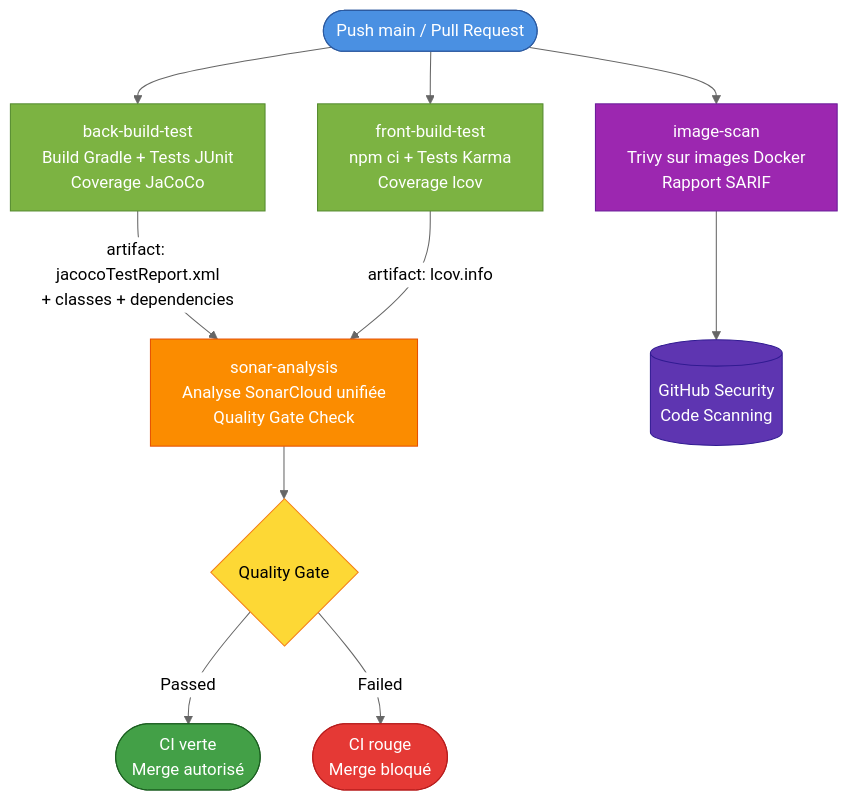
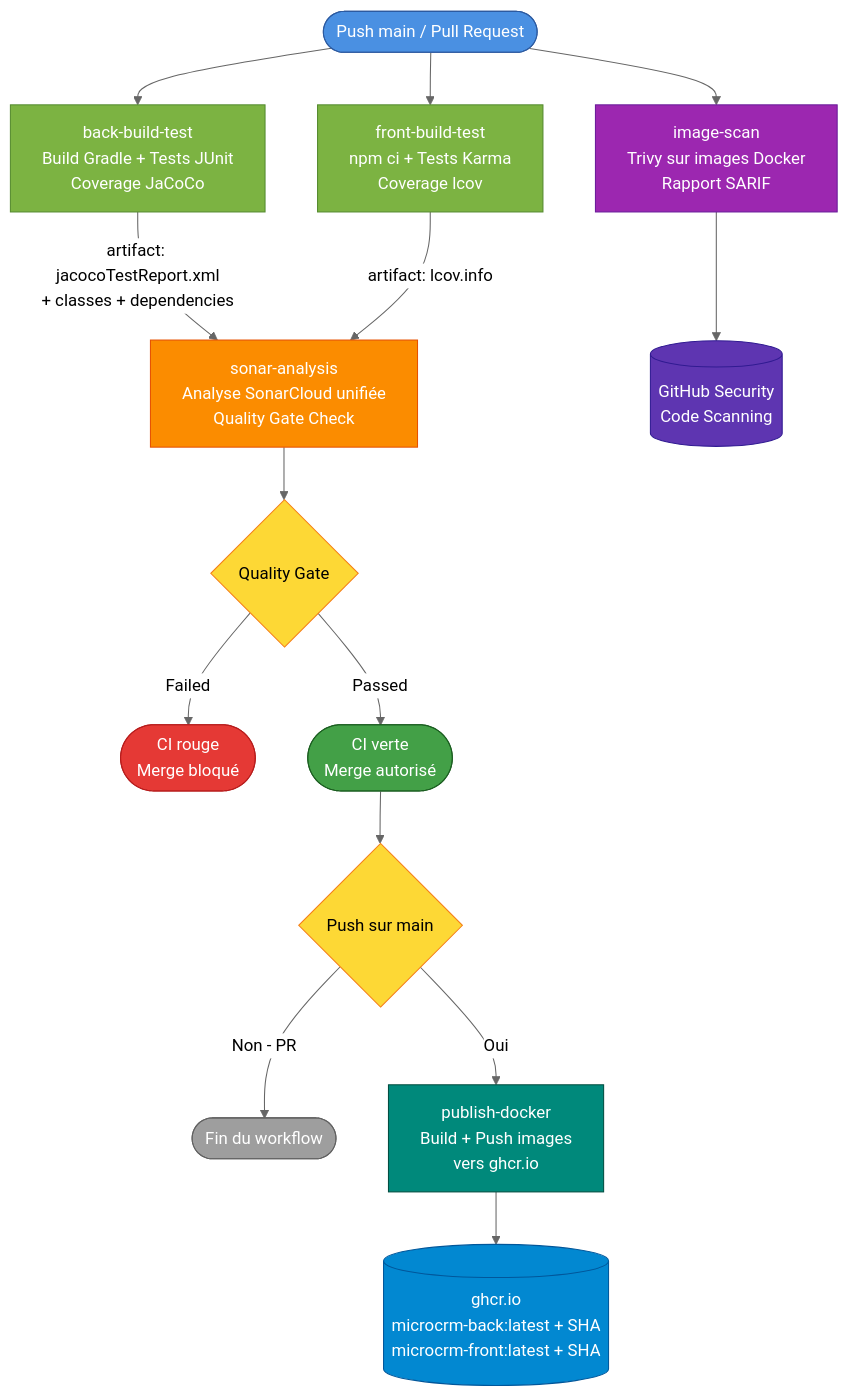
The diagram in Exercices/Partie_1/Etape_2/plan_ci.md (LaurentGourouvin/openclassrooms-project-9-micro-crm-orion), drawn with Mermaid (neutral theme) before and after one commit. The commit also changed 1 other file, not shown here.

````diff
--- a/Exercices/Partie_1/Etape_2/plan_ci.md
+++ b/Exercices/Partie_1/Etape_2/plan_ci.md
@@ -14,24 +14,34 @@
 ```mermaid
 flowchart TD
     Start([Push main / Pull Request]) --> Back[back-build-test<br/>Build Gradle + Tests JUnit<br/>Coverage JaCoCo]
     Start --> Front[front-build-test<br/>npm ci + Tests Karma<br/>Coverage lcov]
     Start --> Scan[image-scan<br/>Trivy sur images Docker<br/>Rapport SARIF]
 
     Back -->|artifact: jacocoTestReport.xml<br/>+ classes + dependencies| Sonar[sonar-analysis<br/>Analyse SonarCloud unifiée<br/>Quality Gate Check]
     Front -->|artifact: lcov.info| Sonar
     Scan --> SecurityTab[(GitHub Security<br/>Code Scanning)]
 
     Sonar --> Result{Quality Gate}
+    Result -->|Failed| Fail([CI rouge<br/>Merge bloqué])
     Result -->|Passed| Success([CI verte<br/>Merge autorisé])
-    Result -->|Failed| Fail([CI rouge<br/>Merge bloqué])
+
+    Success --> Trigger{Push sur main}
+    Trigger -->|Non - PR| End([Fin du workflow])
+    Trigger -->|Oui| Publish[publish-docker<br/>Build + Push images<br/>vers ghcr.io]
+
+    Publish --> GHCR[(ghcr.io<br/>microcrm-back:latest + SHA<br/>microcrm-front:latest + SHA)]
 
     style Start fill:#4a90e2,stroke:#2c5aa0,color:#fff
     style Back fill:#7cb342,stroke:#558b2f,color:#fff
     style Front fill:#7cb342,stroke:#558b2f,color:#fff
     style Scan fill:#9c27b0,stroke:#6a1b9a,color:#fff
     style Sonar fill:#fb8c00,stroke:#e65100,color:#fff
     style SecurityTab fill:#5e35b1,stroke:#311b92,color:#fff
     style Success fill:#43a047,stroke:#1b5e20,color:#fff
     style Fail fill:#e53935,stroke:#b71c1c,color:#fff
     style Result fill:#fdd835,stroke:#f57f17,color:#000
+    style Trigger fill:#fdd835,stroke:#f57f17,color:#000
+    style End fill:#9e9e9e,stroke:#616161,color:#fff
+    style Publish fill:#00897b,stroke:#004d40,color:#fff
+    style GHCR fill:#0288d1,stroke:#01579b,color:#fff
 ```
````
